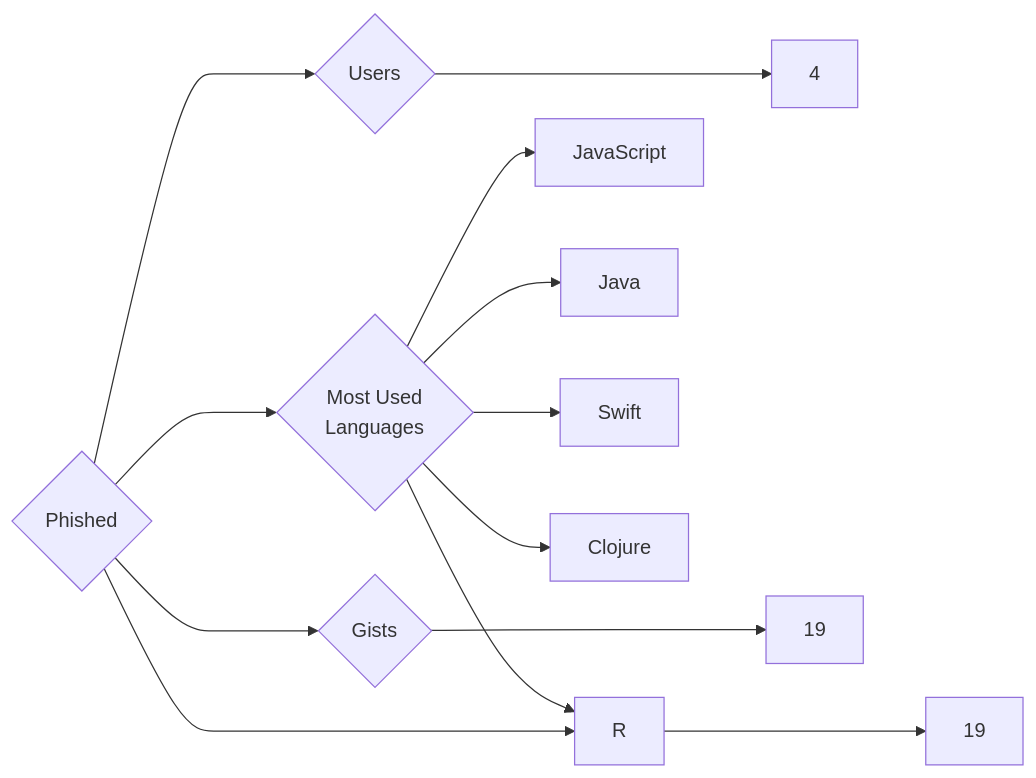
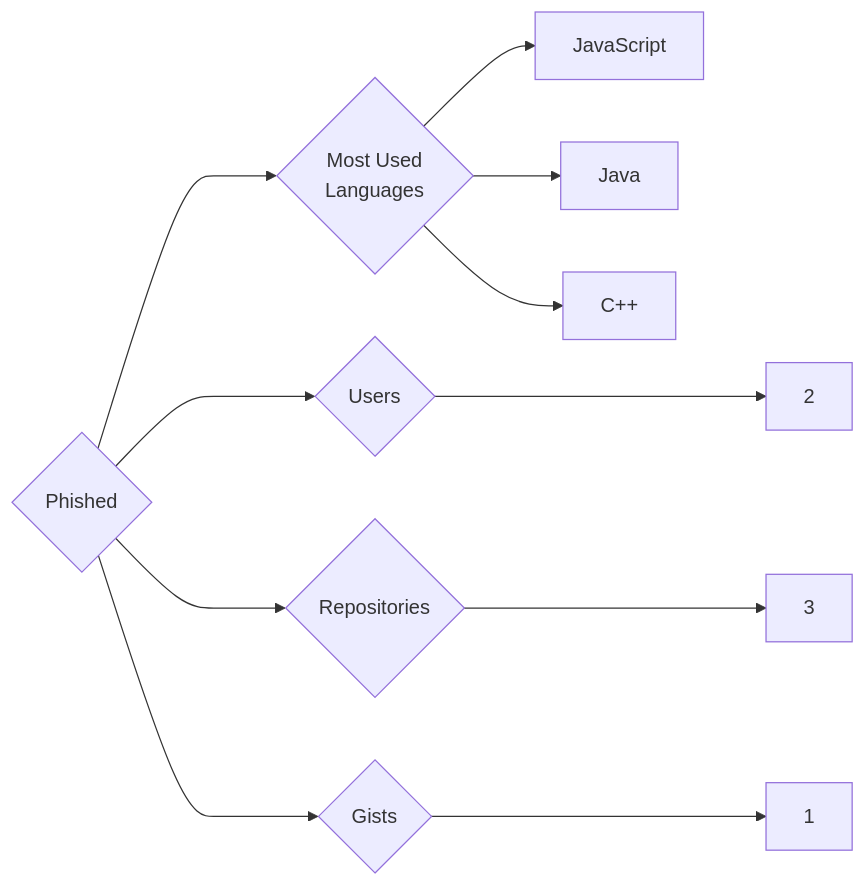
Before and after one commit to trickest/insiders: the diagram in targets/Phished/README.md, drawn with Mermaid. The commit also changed 920 other files, not shown here.

````diff
--- a/targets/Phished/README.md
+++ b/targets/Phished/README.md
@@ -3,13 +3,11 @@
 ```mermaid
 graph LR
 COMPANY_NAME{Phished}
-COMPANY_NAME ---> U{Users} ---> UN[4]
-COMPANY_NAME ---> R{Repositories} ---> RN[19]
-COMPANY_NAME ---> G{Gists} ---> GN[19]
+COMPANY_NAME ---> U{Users} ---> UN[2]
+COMPANY_NAME ---> R{Repositories} ---> RN[3]
+COMPANY_NAME ---> G{Gists} ---> GN[1]
 COMPANY_NAME ---> ML{Most Used<br>Languages}
 ML --> JavaScript[JavaScript]
-ML --> R[R]
 ML --> Java[Java]
-ML --> Swift[Swift]
-ML --> Clojure[Clojure]
+ML --> C++[C++]
 ```
````
